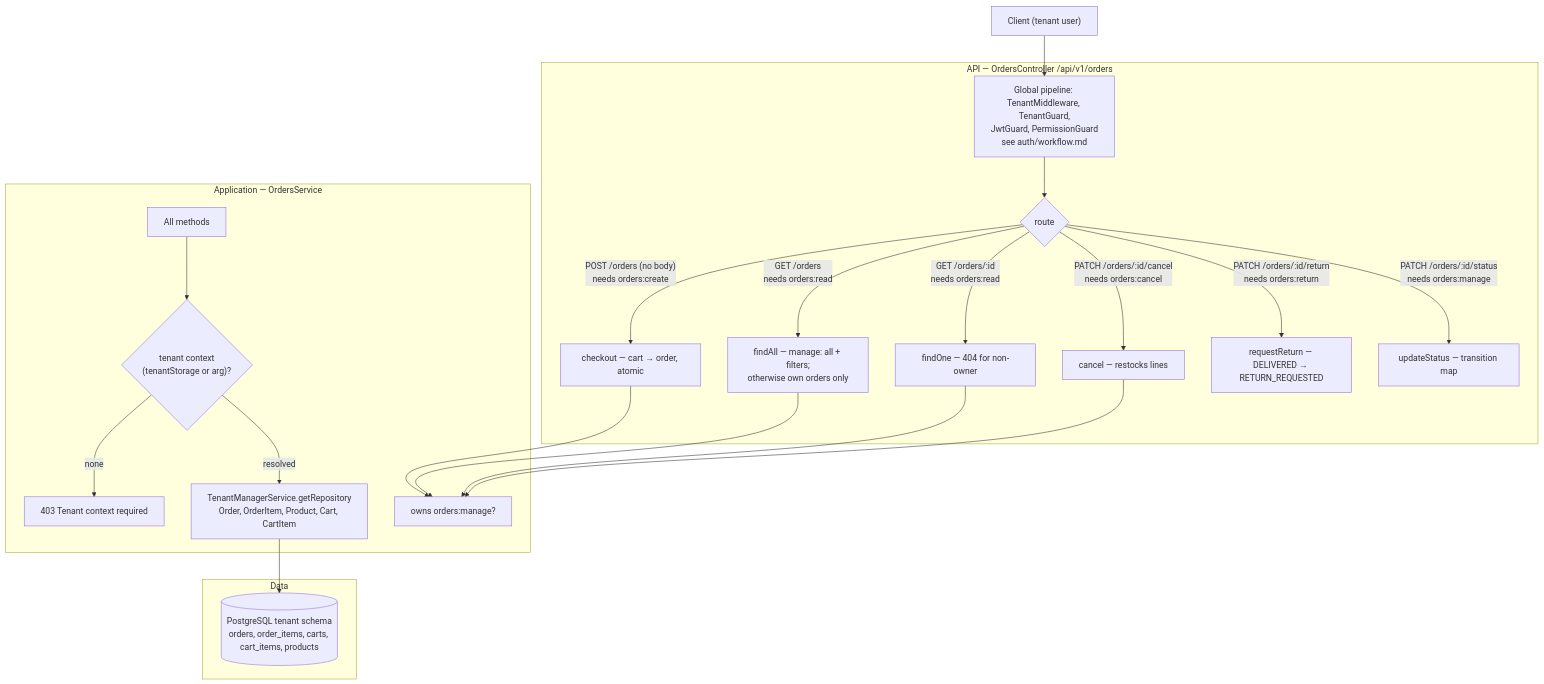
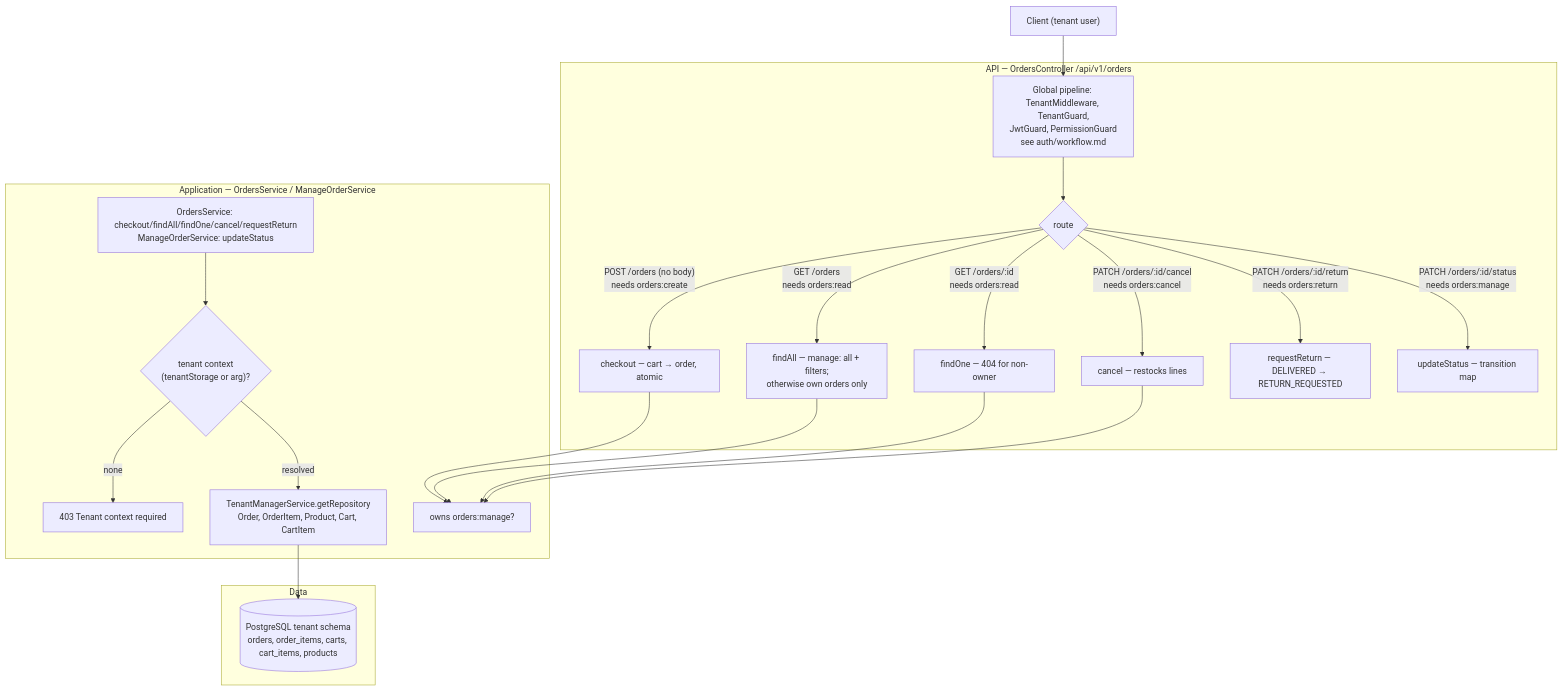
Before and after one commit to DevBassel/saas_commerce: the first of 3 diagrams in apps/api/src/modules/orders/workflow.md, drawn with Mermaid. The commit also changed 18 other files, not shown here.

````diff
--- a/apps/api/src/modules/orders/workflow.md
+++ b/apps/api/src/modules/orders/workflow.md
@@ -1,28 +1,28 @@
 ```mermaid
 flowchart TD
     Client["Client (tenant user)"] --> GUARDS["Global pipeline: TenantMiddleware, TenantGuard,<br/>JwtGuard, PermissionGuard<br/>see auth/workflow.md"]
 
     subgraph API["API — OrdersController /api/v1/orders"]
         GUARDS --> RO{"route"}
         RO -->|"POST /orders (no body)<br/>needs orders:create"| CO["checkout — cart → order, atomic"]
         RO -->|"GET /orders<br/>needs orders:read"| FA["findAll — manage: all + filters;<br/>otherwise own orders only"]
         RO -->|"GET /orders/:id<br/>needs orders:read"| FO["findOne — 404 for non-owner"]
         RO -->|"PATCH /orders/:id/cancel<br/>needs orders:cancel"| CA["cancel — restocks lines"]
         RO -->|"PATCH /orders/:id/return<br/>needs orders:return"| RR["requestReturn — DELIVERED → RETURN_REQUESTED"]
         RO -->|"PATCH /orders/:id/status<br/>needs orders:manage"| US["updateStatus — transition map"]
     end
 
-    subgraph APP["Application — OrdersService"]
-        SVC["All methods"] --> TRT{"tenant context<br/>(tenantStorage or arg)?"}
+    subgraph APP["Application — OrdersService / ManageOrderService"]
+        SVC["OrdersService: checkout/findAll/findOne/cancel/requestReturn<br/>ManageOrderService: updateStatus"] --> TRT{"tenant context<br/>(tenantStorage or arg)?"}
         TRT -->|"none"| TRTE["403 Tenant context required"]
         TRT -->|"resolved"| TM["TenantManagerService.getRepository<br/>Order, OrderItem, Product, Cart, CartItem"]
         CO --> CAN["owns orders:manage?"]
         FA --> CAN
         FO --> CAN
         CA --> CAN
     end
 
     subgraph DATA["Data"]
         TM --> TDB[("PostgreSQL tenant schema<br/>orders, order_items, carts, cart_items, products")]
     end
 ```
````
